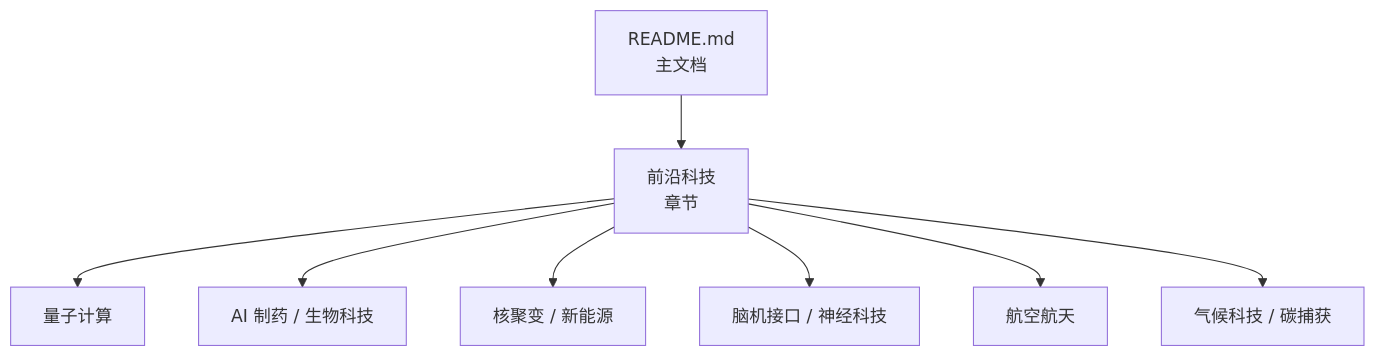
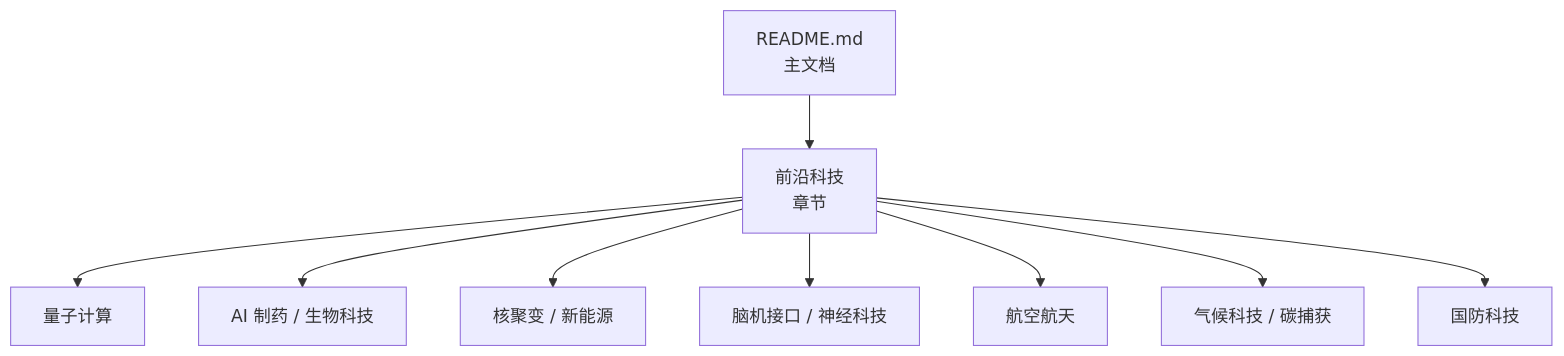
Before and after one commit to allengaller/awesome-startups: the first of 10 diagrams in .qoder/repowiki/zh/content/前沿科技/前沿科技.md, drawn with Mermaid. The commit also changed other lines of this file and 113 other files, not shown here.

````diff
--- a/.qoder/repowiki/zh/content/前沿科技/前沿科技.md
+++ b/.qoder/repowiki/zh/content/前沿科技/前沿科技.md
@@ -33,10 +37,11 @@
 ```mermaid
 graph TB
 A["README.md<br/>主文档"] --> B["前沿科技<br/>章节"]
 B --> C["量子计算"]
 B --> D["AI 制药 / 生物科技"]
 B --> E["核聚变 / 新能源"]
 B --> F["脑机接口 / 神经科技"]
 B --> G["航空航天"]
 B --> H["气候科技 / 碳捕获"]
+B --> I["国防科技"]
 ```
````
